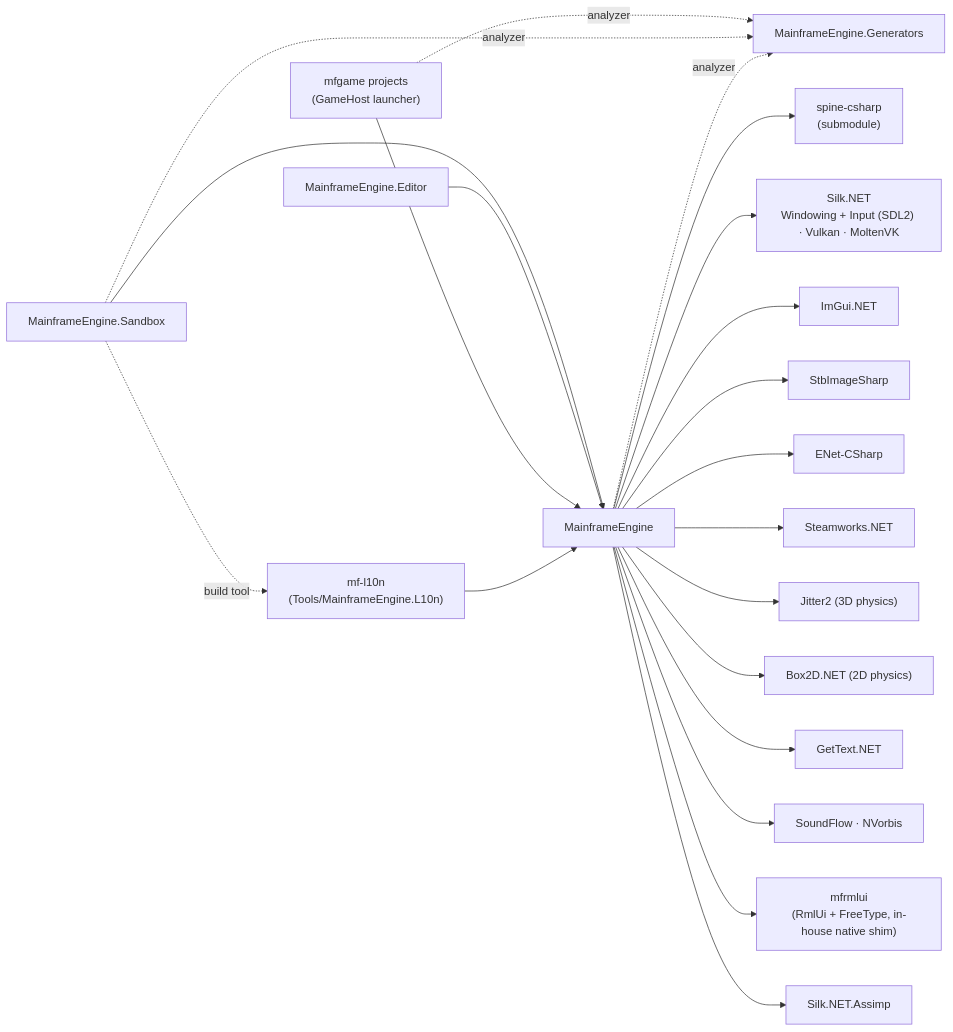
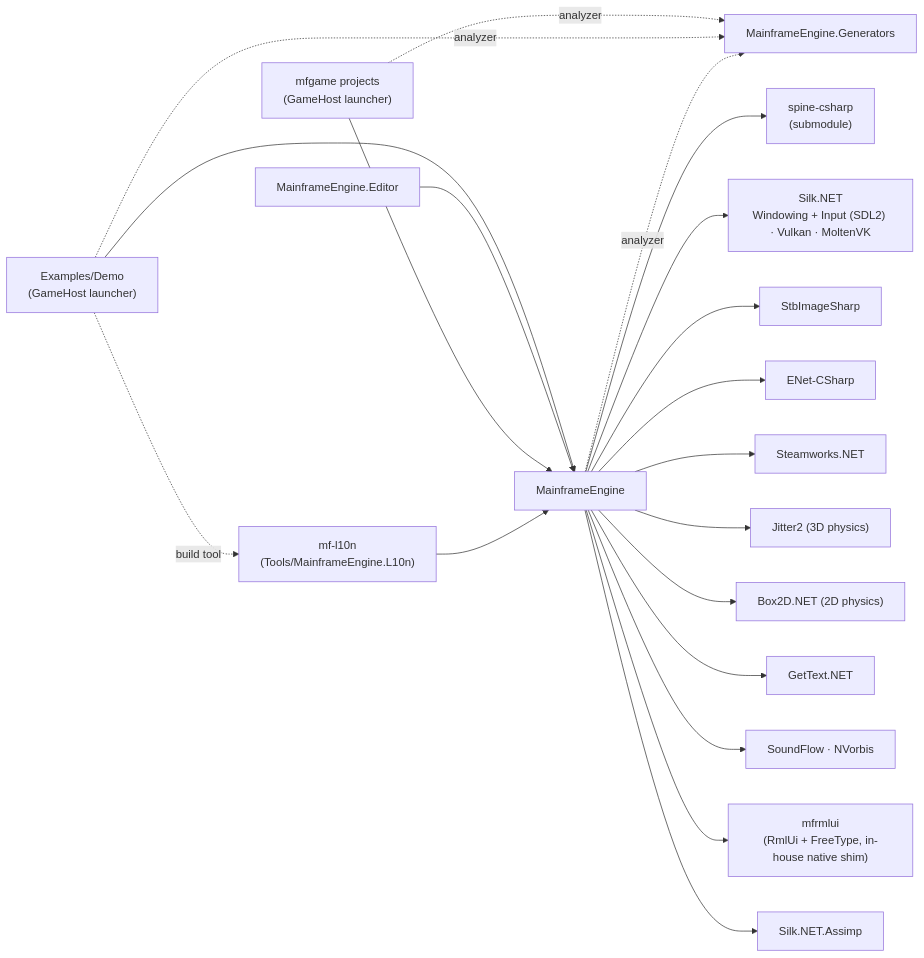
One commit to Mainframe-Games/mainframe-engine changed the diagram in docs/design/architecture-overview.md. Above: the diagram before and after it, drawn with Mermaid. The commit also changed other lines of this file and 588 other files, not shown here.

First line of the commit message:
Demo & polish: Demo project, ImGui removal, project icons, Download Demo (#13)

````diff
--- a/docs/design/architecture-overview.md
+++ b/docs/design/architecture-overview.md
@@ -61,23 +62,22 @@
 ```mermaid
 flowchart LR
-    Sandbox["MainframeEngine.Sandbox"] --> Engine["MainframeEngine"]
+    Demo["Examples/Demo<br/>(GameHost launcher)"] --> Engine["MainframeEngine"]
     Editor["MainframeEngine.Editor"] --> Engine
     Game["mfgame projects<br/>(GameHost launcher)"] --> Engine
     Game -. analyzer .-> Gen
-    Sandbox -. analyzer .-> Gen["MainframeEngine.Generators"]
-    Sandbox -. build tool .-> L10n["mf-l10n<br/>(Tools/MainframeEngine.L10n)"]
+    Demo -. analyzer .-> Gen["MainframeEngine.Generators"]
+    Demo -. build tool .-> L10n["mf-l10n<br/>(Tools/MainframeEngine.L10n)"]
     L10n --> Engine
     Engine -. analyzer .-> Gen
     Engine --> SpineRT["spine-csharp<br/>(submodule)"]
     Engine --> Silk["Silk.NET<br/>Windowing + Input (SDL2) · Vulkan · MoltenVK"]
-    Engine --> ImGui["ImGui.NET"]
     Engine --> Stb["StbImageSharp"]
     Engine --> ENet["ENet-CSharp"]
     Engine --> Steam["Steamworks.NET"]
     Engine --> Jitter["Jitter2 (3D physics)"]
     Engine --> Box2D["Box2D.NET (2D physics)"]
     Engine --> GetText["GetText.NET"]
     Engine --> Audio["SoundFlow · NVorbis"]
     Engine --> Rml["mfrmlui<br/>(RmlUi + FreeType, in-house native shim)"]
     Engine --> Assimp["Silk.NET.Assimp"]
 ```
````
